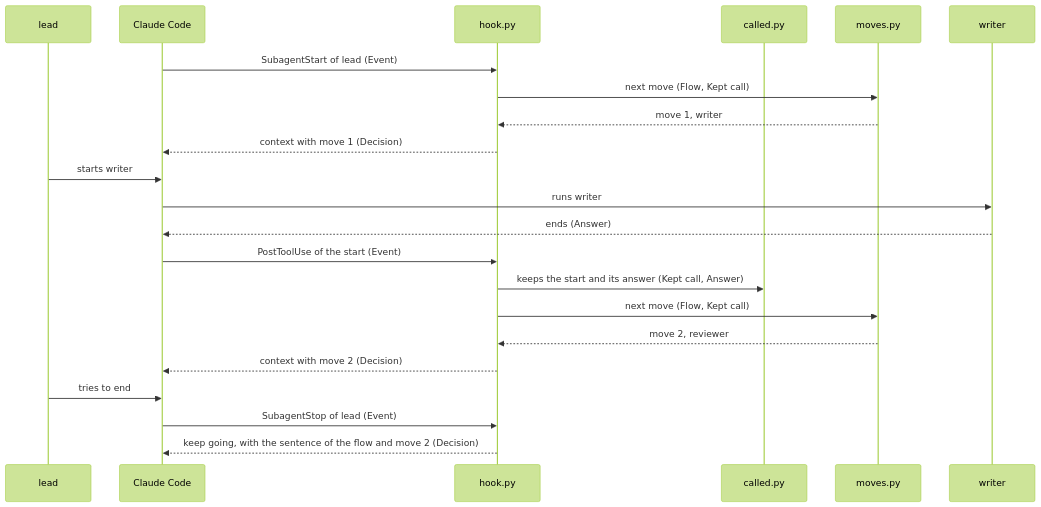
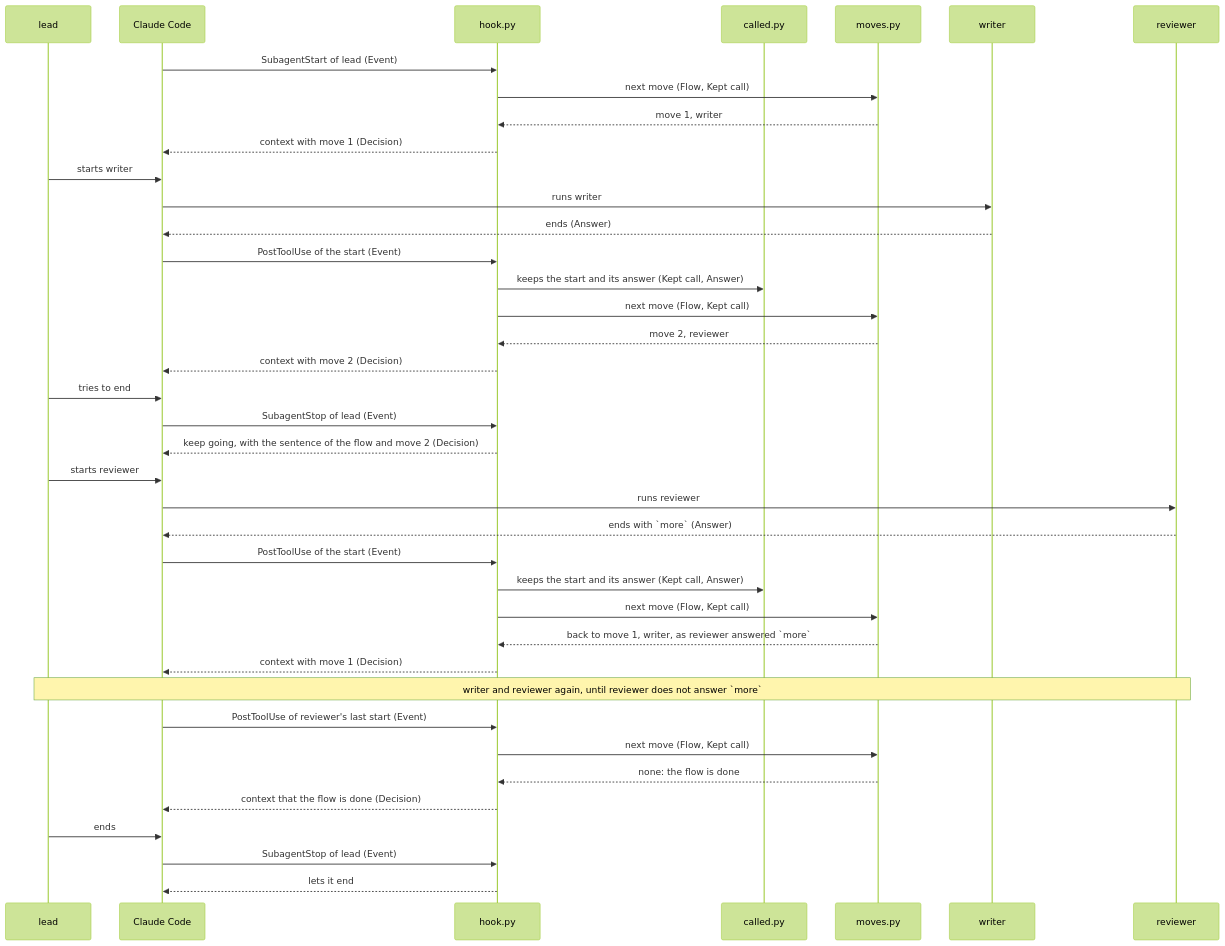
One commit to lovaizu/ccpm changed the fourth of 4 diagrams in dev/lane/architecture.md. Above: the diagram before and after it, drawn with Mermaid (forest theme). The commit also changed 2 other files, not shown here.

Commit message:
lane's architecture checked against a design tree settled by its code; the flow's sequence carried to the UX's end
The tree's 24 decisions each rest on a module, a figure read as source or a principle of dev/architecture.md, and every file the directory tree names exists. The flow's sequence stopped at lead's early end; it now runs on to reviewer's `more`, the flow done and lead let end, as dev/lane/ux.md's O2 does.

Claude-Session: https://claude.ai/code/session_0172CgKennAdVHkjNSG17oRu

````diff
--- a/dev/lane/architecture.md
+++ b/dev/lane/architecture.md
@@ -178,24 +178,41 @@
 ```mermaid
 sequenceDiagram
   participant O as lead
   participant CC as Claude Code
   participant H as hook.py
   participant C as called.py
   participant M as moves.py
   participant W as writer
+  participant R as reviewer
   CC->>H: SubagentStart of lead (Event)
   H->>M: next move (Flow, Kept call)
   M-->>H: move 1, writer
   H-->>CC: context with move 1 (Decision)
   O->>CC: starts writer
   CC->>W: runs writer
   W-->>CC: ends (Answer)
   CC->>H: PostToolUse of the start (Event)
   H->>C: keeps the start and its answer (Kept call, Answer)
   H->>M: next move (Flow, Kept call)
   M-->>H: move 2, reviewer
   H-->>CC: context with move 2 (Decision)
   O->>CC: tries to end
   CC->>H: SubagentStop of lead (Event)
   H-->>CC: keep going, with the sentence of the flow and move 2 (Decision)
+  O->>CC: starts reviewer
+  CC->>R: runs reviewer
+  R-->>CC: ends with `more` (Answer)
+  CC->>H: PostToolUse of the start (Event)
+  H->>C: keeps the start and its answer (Kept call, Answer)
+  H->>M: next move (Flow, Kept call)
+  M-->>H: back to move 1, writer, as reviewer answered `more`
+  H-->>CC: context with move 1 (Decision)
+  Note over O,R: writer and reviewer again, until reviewer does not answer `more`
+  CC->>H: PostToolUse of reviewer's last start (Event)
+  H->>M: next move (Flow, Kept call)
+  M-->>H: none: the flow is done
+  H-->>CC: context that the flow is done (Decision)
+  O->>CC: ends
+  CC->>H: SubagentStop of lead (Event)
+  H-->>CC: lets it end
 ```
````
